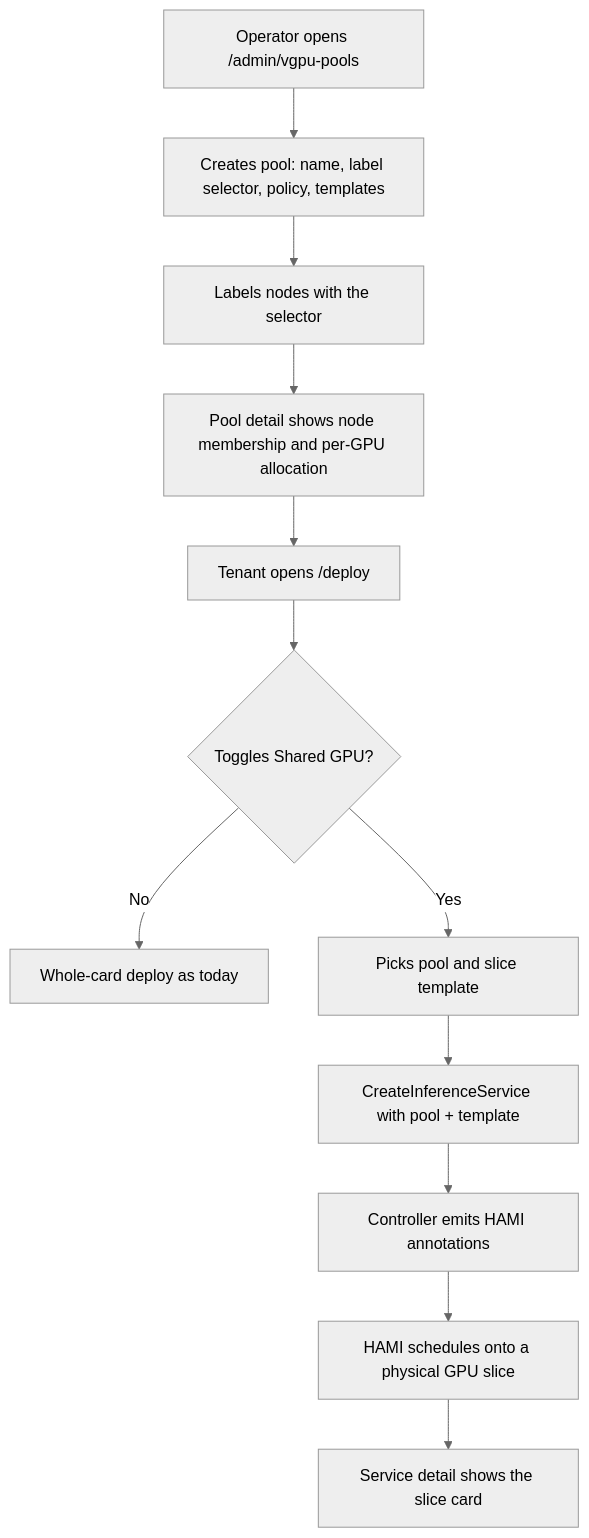
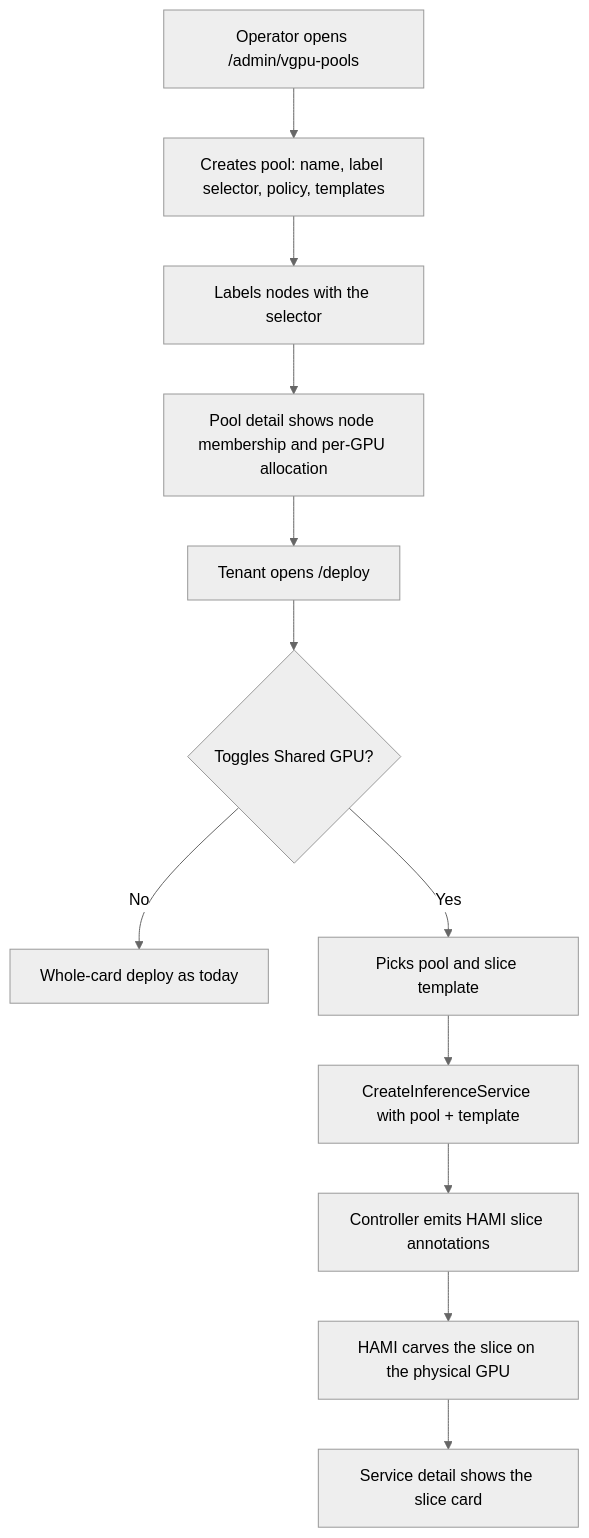
The first of 2 diagrams in site/docs/design/vgpu-slicing-pool.md (go-taas/go-taas), drawn with Mermaid (neutral theme) before and after one commit. The commit also changed other lines of this file and 24 other files, not shown here.

First line of the commit message:
docs(vgpu): scope HAMi to GPU slicing only

````diff
--- a/site/docs/design/vgpu-slicing-pool.md
+++ b/site/docs/design/vgpu-slicing-pool.md
@@ -190,14 +192,14 @@
 ```mermaid
 flowchart TD
     A[Operator opens /admin/vgpu-pools] --> B[Creates pool: name, label selector, policy, templates]
     B --> C[Labels nodes with the selector]
     C --> D[Pool detail shows node membership and per-GPU allocation]
     D --> E[Tenant opens /deploy]
     E --> F{Toggles Shared GPU?}
     F -- No --> G[Whole-card deploy as today]
     F -- Yes --> H[Picks pool and slice template]
     H --> I[CreateInferenceService with pool + template]
-    I --> J[Controller emits HAMI annotations]
-    J --> K[HAMI schedules onto a physical GPU slice]
+    I --> J[Controller emits HAMI slice annotations]
+    J --> K[HAMI carves the slice on the physical GPU]
     K --> L[Service detail shows the slice card]
 ```
````
